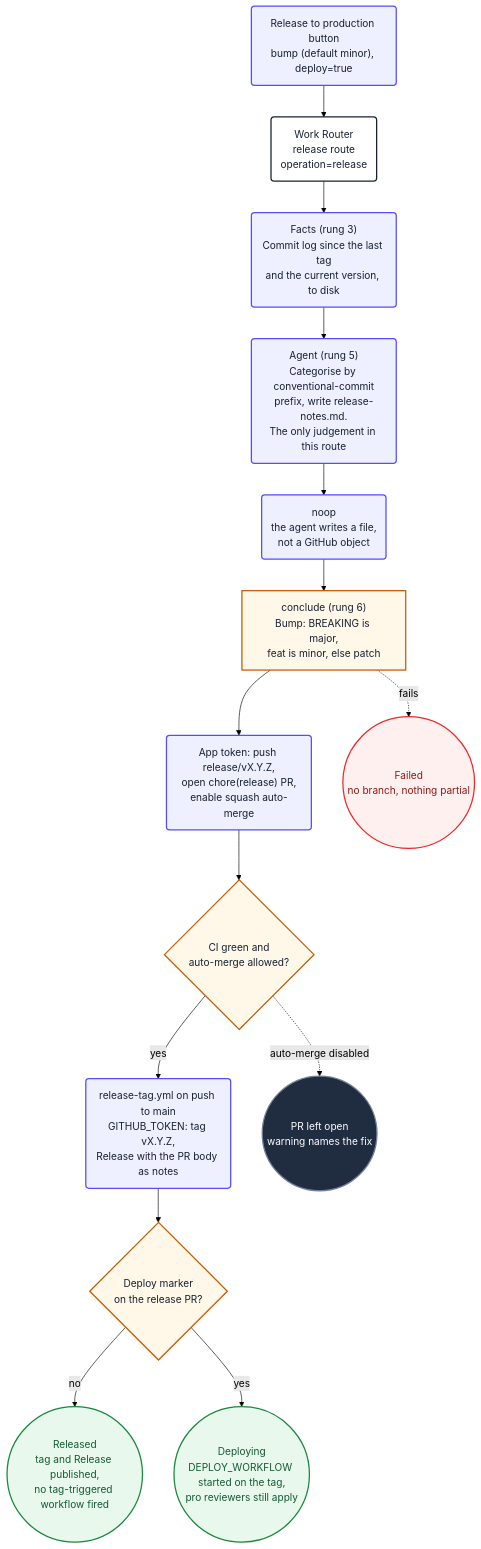
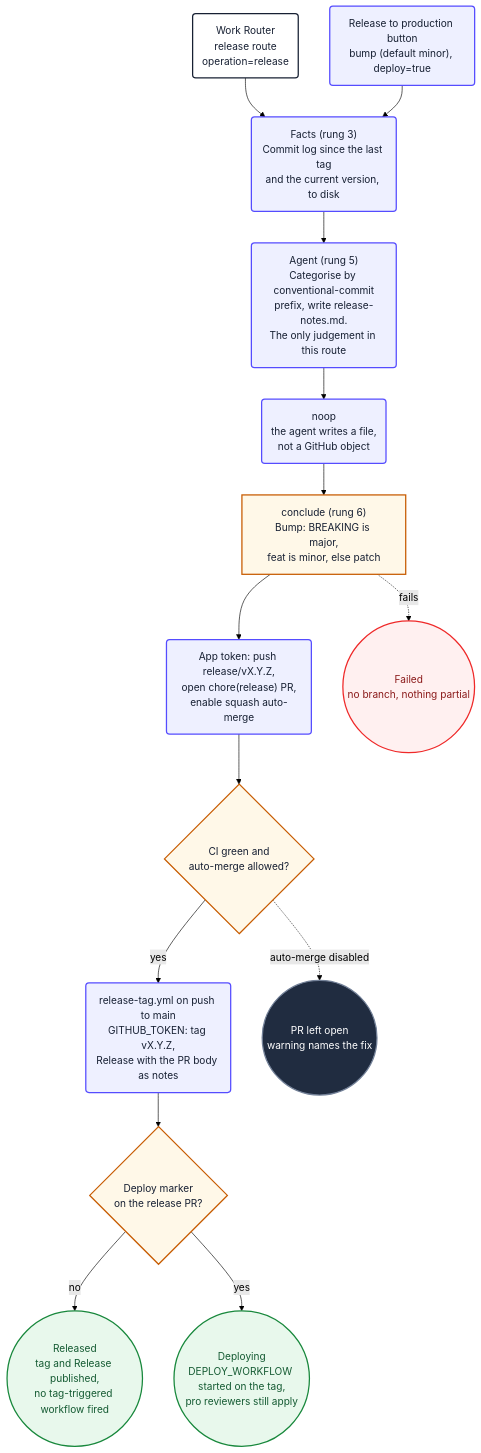
Diagram 12 of 16 in loops/docs/diagrams.md (PlainConceptsPlatform/agentic-workflows), drawn with Mermaid (forest theme) before and after one commit. The commit also changed other lines of this file and 5 other files, not shown here.

First line of the commit message:
fix(release): the button runs the release worker directly

````diff
--- a/loops/docs/diagrams.md
+++ b/loops/docs/diagrams.md
@@ -599,35 +599,35 @@
 ```mermaid
 flowchart TD
     relStart("Work Router<br/>release route<br/>operation=release") --> relFacts
-    relButton("Release to production button<br/>bump (default minor), deploy=true") --> relStart
+    relButton("Release to production button<br/>bump (default minor), deploy=true") --> relFacts
     relFacts("Facts (rung 3)<br/>Commit log since the last tag<br/>and the current version, to disk") --> relAgent
     relAgent("Agent (rung 5)<br/>Categorise by conventional-commit<br/>prefix, write release-notes.md.<br/>The only judgement in this route") --> relNoop
     relNoop("noop<br/>the agent writes a file,<br/>not a GitHub object") --> relConclude
     relConclude["conclude (rung 6)<br/>Bump: BREAKING is major,<br/>feat is minor, else patch"] --> relPr
     relPr("App token: push release/vX.Y.Z,<br/>open chore(release) PR,<br/>enable squash auto-merge") --> relMerge
     relMerge{"CI green and<br/>auto-merge allowed?"}
     relMerge -->|yes| relTag
     relMerge -.->|auto-merge disabled| relOpen
     relTag("release-tag.yml on push to main<br/>GITHUB_TOKEN: tag vX.Y.Z,<br/>Release with the PR body as notes") --> relDeployQ
     relDeployQ{"Deploy marker<br/>on the release PR?"}
     relDeployQ -->|no| relDone
     relDeployQ -->|yes| relDeploy
     relDeploy(("Deploying<br/>DEPLOY_WORKFLOW started on the tag,<br/>pro reviewers still apply"))
     relConclude -.->|fails| relFail
     relOpen(("PR left open<br/>warning names the fix"))
     relDone(("Released<br/>tag and Release published,<br/>no tag-triggered workflow fired"))
     relFail(("Failed<br/>no branch, nothing partial"))
 
     classDef start fill:#ffffff,stroke:#172033,stroke-width:2px,color:#172033
     classDef action fill:#eef0ff,stroke:#554cff,stroke-width:2px,color:#172033
     classDef decision fill:#fff8e8,stroke:#c75b00,stroke-width:2px,color:#172033
     classDef idle fill:#202c40,stroke:#738198,stroke-width:2px,color:#ffffff
     classDef failure fill:#fff0f0,stroke:#ef2929,stroke-width:2px,color:#8b1a1a
     classDef success fill:#e8f8ec,stroke:#18883c,stroke-width:2px,color:#145a32
     class relStart start
     class relButton,relFacts,relAgent,relNoop,relPr,relTag action
     class relConclude,relMerge,relDeployQ decision
     class relFail failure
     class relOpen idle
     class relDone,relDeploy success
 ```
````
